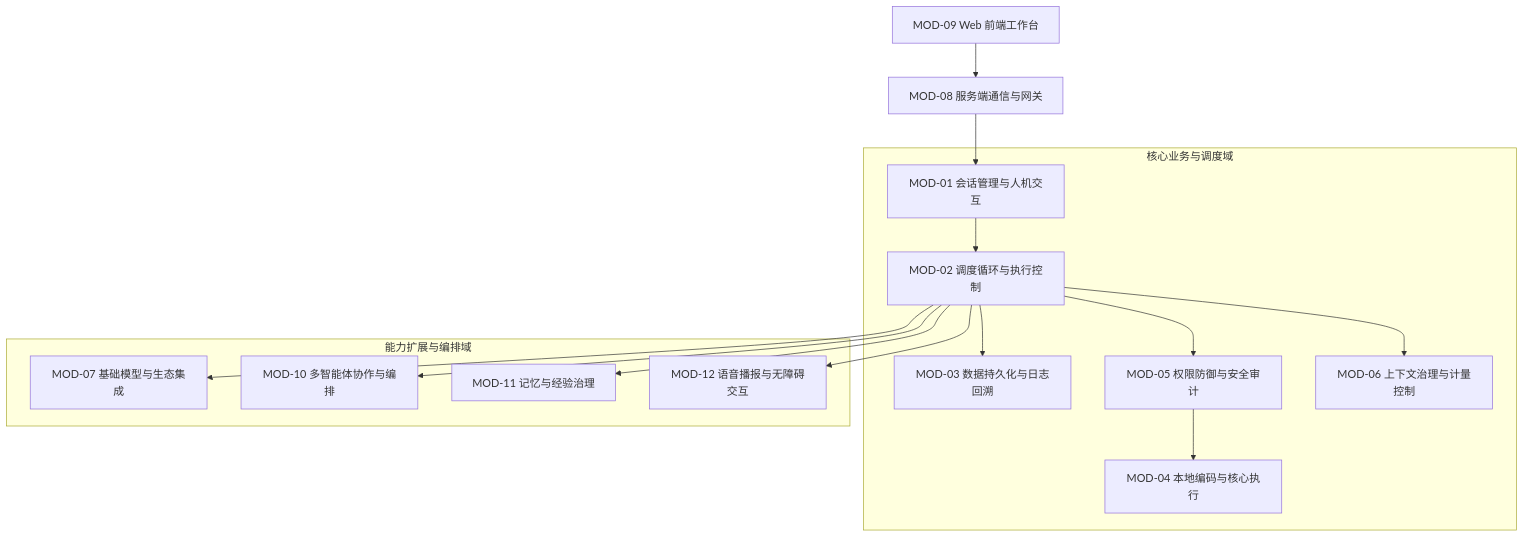
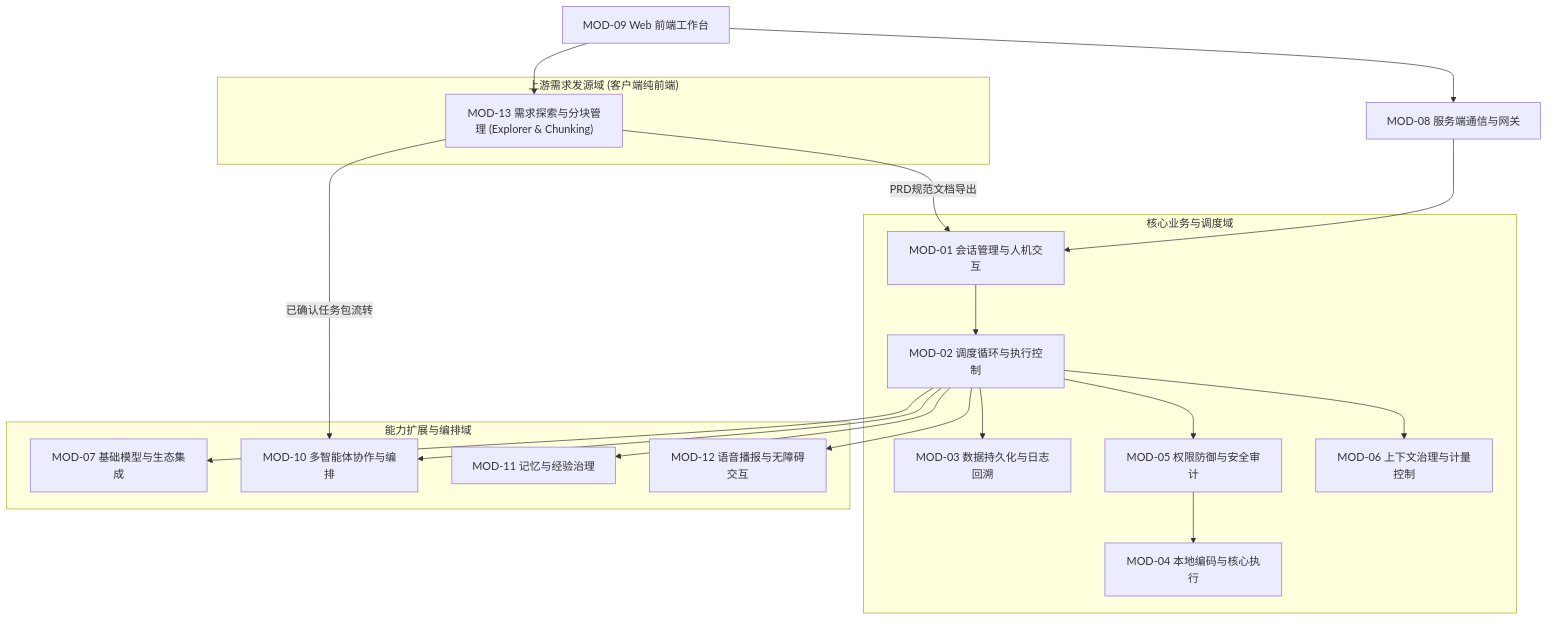
The diagram in docs/阶段-1-需求/功能模块需求规格说明书.md (cpro1868/pgh_harness), drawn with Mermaid before and after one commit. The commit also changed other lines of this file and 4 other files, not shown here.

````diff
--- a/docs/阶段-1-需求/功能模块需求规格说明书.md
+++ b/docs/阶段-1-需求/功能模块需求规格说明书.md
@@ -14,33 +14,40 @@
 ```mermaid
 graph TD
     UI["MOD-09 Web 前端工作台"]
     GW["MOD-08 服务端通信与网关"]
     
+    subgraph UpstreamDomain ["上游需求发源域 (客户端纯前端)"]
+        REQ["MOD-13 需求探索与分块管理 (Explorer & Chunking)"]
+    end
+
     subgraph CoreDomain ["核心业务与调度域"]
         SESS["MOD-01 会话管理与人机交互"]
         LOOP["MOD-02 调度循环与执行控制"]
         LOG["MOD-03 数据持久化与日志回溯"]
         TOOL["MOD-04 本地编码与核心执行"]
         SEC["MOD-05 权限防御与安全审计"]
         CTX["MOD-06 上下文治理与计量控制"]
     end
 
     subgraph ExtDomain ["能力扩展与编排域"]
         MODEL["MOD-07 基础模型与生态集成"]
         MULTI["MOD-10 多智能体协作与编排"]
         MEM["MOD-11 记忆与经验治理"]
         SPEECH["MOD-12 语音播报与无障碍交互"]
     end
 
     UI --> GW
+    UI --> REQ
+    REQ -->|"PRD规范文档导出"| SESS
+    REQ -->|"已确认任务包流转"| MULTI
     GW --> SESS
     SESS --> LOOP
     LOOP --> CTX
     LOOP --> SEC
     SEC --> TOOL
     LOOP --> MODEL
     LOOP --> MULTI
     LOOP --> MEM
     LOOP --> SPEECH
     LOOP --> LOG
 ```
````
